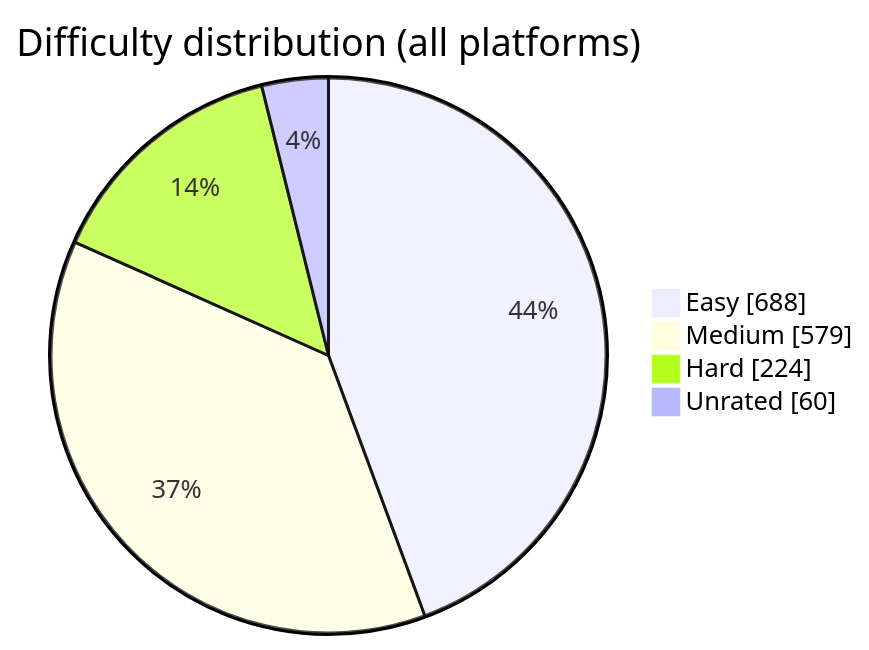
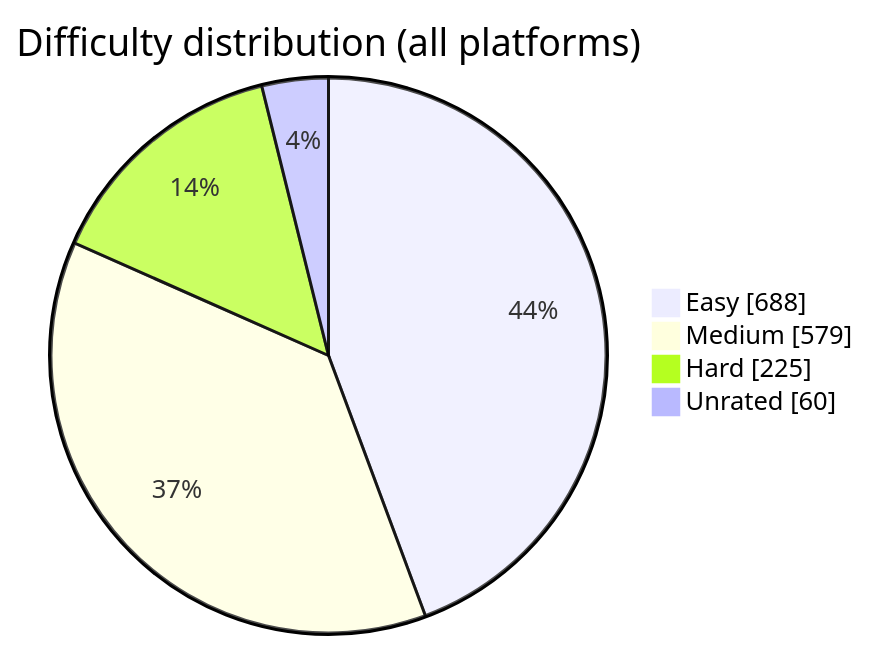
The diagram in README.md (BuildbyArindam/Daily-Coding-Log), drawn with Mermaid before and after one commit. The commit also changed other lines of this file, not shown here.

````diff
--- a/README.md
+++ b/README.md
@@ -93,7 +93,7 @@
 ```mermaid
 pie showData title Difficulty distribution (all platforms)
     "Easy" : 688
     "Medium" : 579
-    "Hard" : 224
+    "Hard" : 225
     "Unrated" : 60
 ```
````
